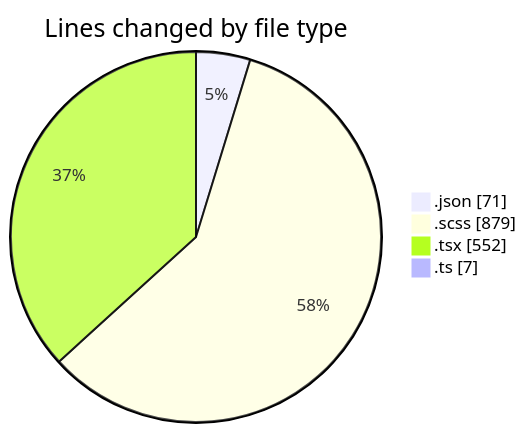
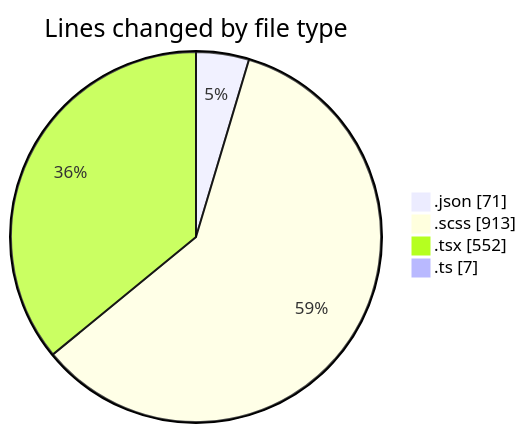
The first of 2 diagrams in 2026-02-17/cda/README.md (momahboobian/code-tracking), drawn with Mermaid before and after one commit. The commit also changed other lines of this file and 1 other file, not shown here.

````diff
--- a/2026-02-17/cda/README.md
+++ b/2026-02-17/cda/README.md
@@ -27,8 +27,8 @@
 ```mermaid
 pie showData
 title Lines changed by file type
 ".json" : 71
-".scss" : 879
+".scss" : 913
 ".tsx" : 552
 ".ts" : 7
 ```
````
